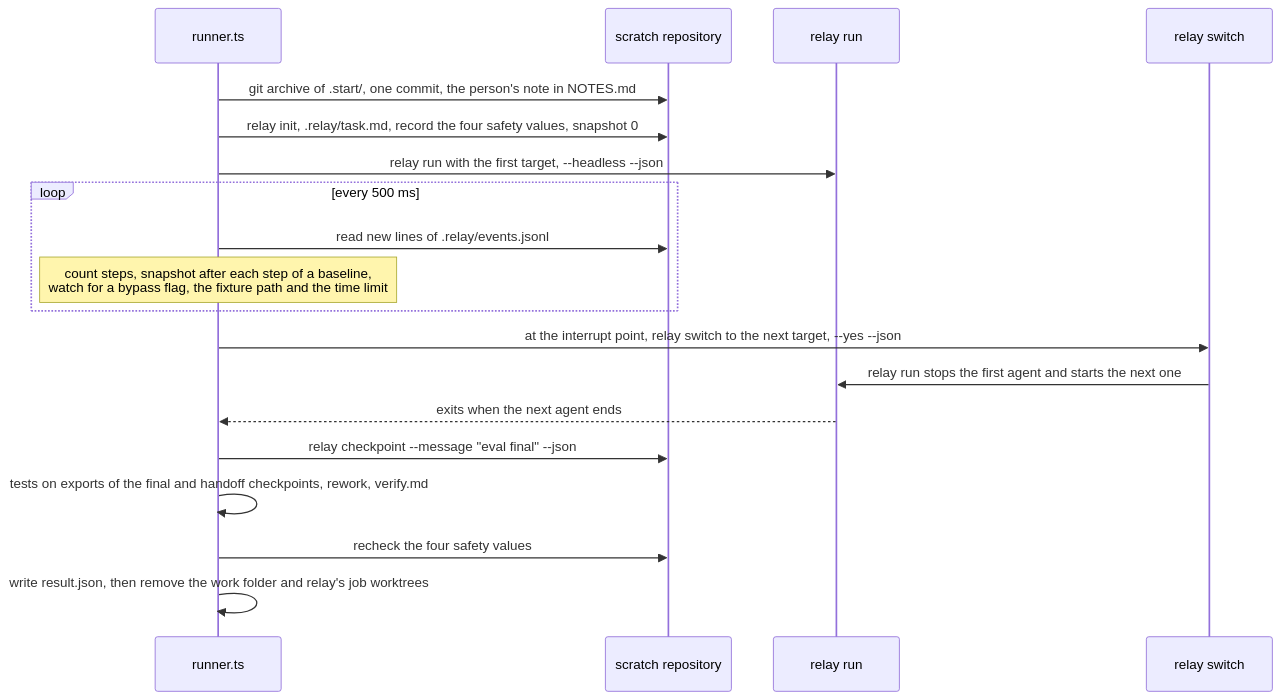
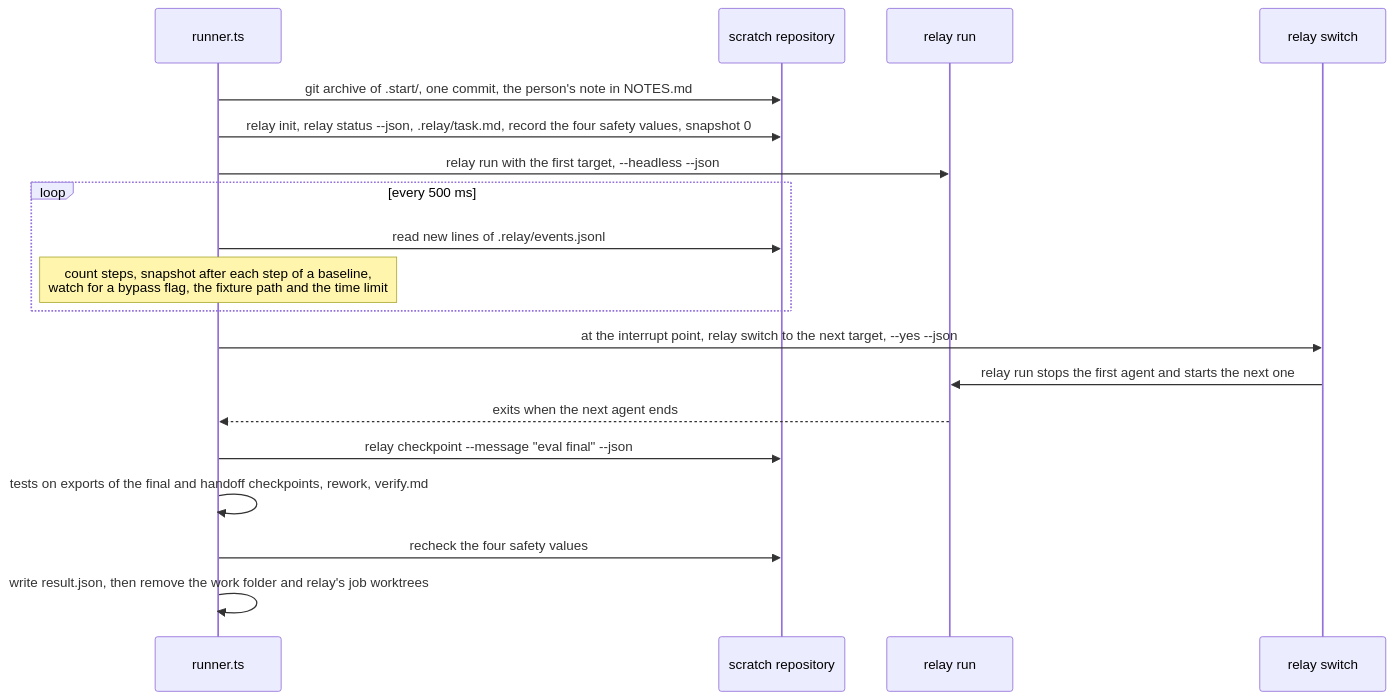
The third of 5 diagrams in docs/codebase-map.md (FrejusGdm/relay), drawn with Mermaid before and after one commit. The commit also changed other lines of this file and 9 other files, not shown here.

````diff
--- a/docs/codebase-map.md
+++ b/docs/codebase-map.md
@@ -479,21 +482,21 @@
 ```mermaid
 sequenceDiagram
   participant H as runner.ts
   participant S as scratch repository
   participant R as relay run
   participant W as relay switch
   H->>S: git archive of .start/, one commit, the person's note in NOTES.md
-  H->>S: relay init, .relay/task.md, record the four safety values, snapshot 0
+  H->>S: relay init, relay status --json, .relay/task.md, record the four safety values, snapshot 0
   H->>R: relay run with the first target, --headless --json
   loop every 500 ms
     H->>S: read new lines of .relay/events.jsonl
     Note over H: count steps, snapshot after each step of a baseline,<br/>watch for a bypass flag, the fixture path and the time limit
   end
   H->>W: at the interrupt point, relay switch to the next target, --yes --json
   W->>R: relay run stops the first agent and starts the next one
   R-->>H: exits when the next agent ends
   H->>S: relay checkpoint --message "eval final" --json
   H->>H: tests on exports of the final and handoff checkpoints, rework, verify.md
   H->>S: recheck the four safety values
   H->>H: write result.json, then remove the work folder and relay's job worktrees
 ```
````
